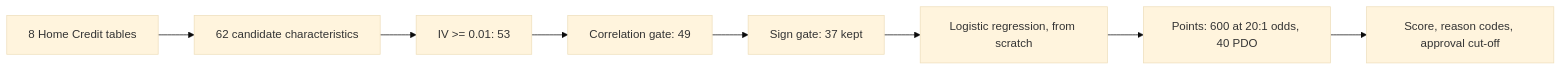
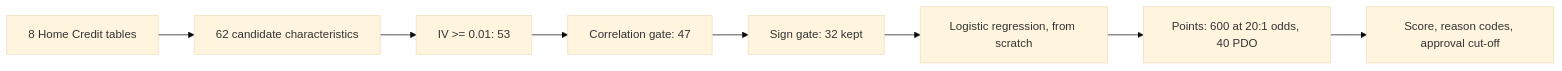
Before and after one commit to alvenyuka/Credit-Risk-Scorecard: the diagram in README.md, drawn with Mermaid (base theme). The commit also changed other lines of this file and 16 other files, not shown here.

````diff
--- a/README.md
+++ b/README.md
@@ -78,10 +78,10 @@
 ```mermaid
 flowchart LR
     A[8 Home Credit tables] --> B[62 candidate characteristics]
     B --> C[IV >= 0.01: 53]
-    C --> D[Correlation gate: 49]
-    D --> E[Sign gate: 37 kept]
+    C --> D[Correlation gate: 47]
+    D --> E[Sign gate: 32 kept]
     E --> F[Logistic regression, from scratch]
     F --> G[Points: 600 at 20:1 odds, 40 PDO]
     G --> H[Score, reason codes, approval cut-off]
 ```
````
